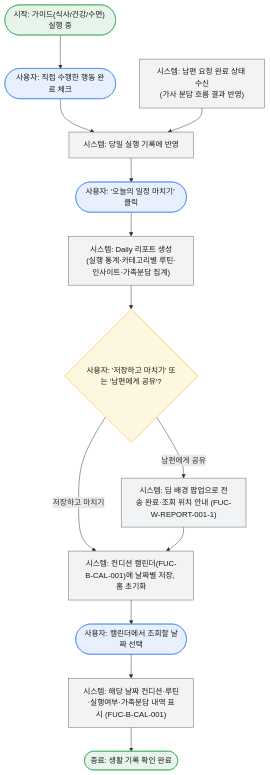
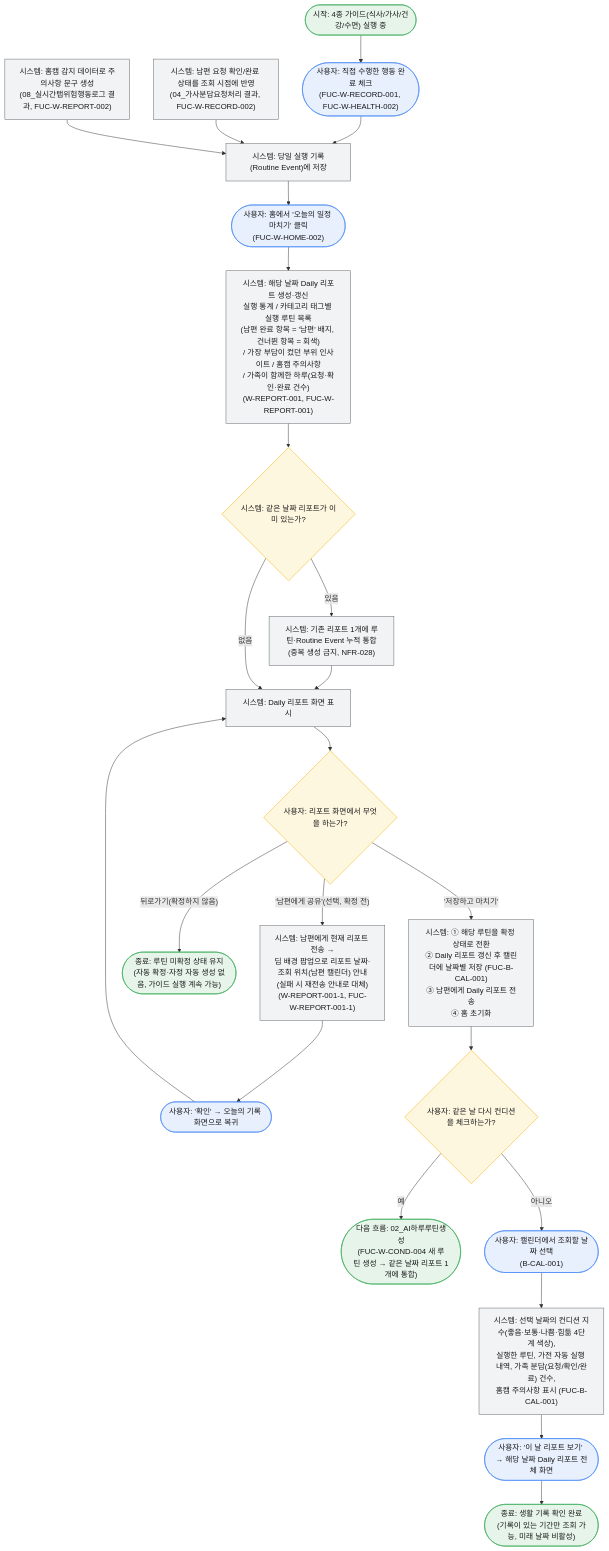
The diagram in docs/서비스흐름도/05_루틴실행기록및리포트.mmd (lgdxDORAEMI/PLM), drawn with Mermaid before and after one commit. The commit also changed 10 other files, not shown here.

First line of the commit message:
서비스 흐름도 업데이트: 남편 오전 리포트 및 알림, 수면 가이드, 실시간 탭, 건강 가이드 추가

```diff
--- a/docs/서비스흐름도/05_루틴실행기록및리포트.mmd
+++ b/docs/서비스흐름도/05_루틴실행기록및리포트.mmd
@@ -1,22 +1,47 @@
-%% 서비스 흐름도: 루틴 실행 기록 & Daily 리포트/캘린더
-%% 관련 기능: FUC-W-HEALTH-002, FUC-W-RECORD-001, FUC-W-RECORD-002, FUC-W-REPORT-001, FUC-W-REPORT-001-1, FUC-B-CAL-001 / 관련 UC: UC6, UC7
+%% 서비스 흐름도: 루틴 실행 기록 → Daily 리포트 생성/확정 → 캘린더 조회
+%% 관련 기능: FUC-W-RECORD-001(직접 행동 완료 체크), FUC-W-RECORD-002(남편 요청 상태 반영),
+%%           FUC-W-HEALTH-002, FUC-W-HOME-002('오늘의 일정 마치기'), FUC-W-REPORT-001(리포트 생성·루틴 확정),
+%%           FUC-W-REPORT-001-1(공유 완료 팝업), FUC-W-REPORT-002(홈캠 주의사항), FUC-B-CAL-001 / 관련 UC: UC6, UC7, UC10
+%% 핵심 규칙:
+%%   - 두 버튼의 역할이 다르다.
+%%     '오늘의 일정 마치기'(홈, FUC-W-HOME-002) = Daily 리포트 **생성만** 트리거. 루틴을 확정하지 않는다.
+%%     '저장하고 마치기'(리포트, FUC-W-REPORT-001) = 루틴 확정 + 리포트 갱신·캘린더 저장 + 남편에게 리포트 전송 + 홈 초기화.
+%%     '남편에게 공유' = 확정 전에 현재 리포트를 먼저 보내는 **선택적** 동작.
+%%   - **날짜 기준 Daily 리포트는 1개다.** 같은 날 여러 루틴이 생성·확정되어도 하나로 통합한다(NFR-028).
+%%   - 루틴 종료 트리거는 '저장하고 마치기' 뿐이다. 루틴 종료 전 자동 확정과 자정 기준 자동 생성은 만들지 않는다.
+%%   - 홈캠 정보는 수치가 아닌 **주의사항 문구** 수준으로만 표시한다(FUC-W-REPORT-002, 수치 요약은 Phase 2).
 flowchart TD
     classDef user fill:#E8F0FE,stroke:#4285F4,color:#1a1a1a;
     classDef system fill:#F1F3F4,stroke:#5f6368,color:#1a1a1a;
     classDef decision fill:#FEF7E0,stroke:#F9AB00,color:#1a1a1a;
     classDef terminal fill:#E6F4EA,stroke:#34A853,color:#1a1a1a;
 
-    Start(["시작: 가이드(식사/건강/수면) 실행 중"]):::terminal --> A(["사용자: 직접 수행한 행동 완료 체크"]):::user
-    A --> B["시스템: 당일 실행 기록에 반영"]:::system
+    Start(["시작: 4종 가이드(식사/가사/건강/수면) 실행 중"]):::terminal --> A(["사용자: 직접 수행한 행동 완료 체크<br/>(FUC-W-RECORD-001, FUC-W-HEALTH-002)"]):::user
+    A --> B["시스템: 당일 실행 기록(Routine Event)에 저장"]:::system
 
-    C["시스템: 남편 요청 완료 상태 수신<br/>(가사 분담 흐름 결과 반영)"]:::system --> B
+    C["시스템: 남편 요청 확인/완료 상태를 조회 시점에 반영<br/>(04_가사분담요청처리 결과, FUC-W-RECORD-002)"]:::system --> B
+    M["시스템: 홈캠 감지 데이터로 주의사항 문구 생성<br/>(08_실시간탭위험행동로그 결과, FUC-W-REPORT-002)"]:::system --> B
 
-    B --> D(["사용자: '오늘의 일정 마치기' 클릭"]):::user
-    D --> E["시스템: Daily 리포트 생성<br/>(실행 통계·카테고리별 루틴·인사이트·가족분담 집계)"]:::system
-    E --> Share{"사용자: '저장하고 마치기' 또는 '남편에게 공유'?"}:::decision
-    Share -- 저장하고 마치기 --> F["시스템: 컨디션 캘린더(FUC-B-CAL-001)에 날짜별 저장, 홈 초기화"]:::system
-    Share -- 남편에게 공유 --> Pop["시스템: 딤 배경 팝업으로 전송 완료·조회 위치 안내 (FUC-W-REPORT-001-1)"]:::system
-    Pop --> F
-    F --> G(["사용자: 캘린더에서 조회할 날짜 선택"]):::user
-    G --> H["시스템: 해당 날짜 컨디션·루틴·실행여부·가족분담 내역 표시 (FUC-B-CAL-001)"]:::system
-    H --> End(["종료: 생활 기록 확인 완료"]):::terminal
+    B --> D(["사용자: 홈에서 '오늘의 일정 마치기' 클릭<br/>(FUC-W-HOME-002)"]):::user
+    D --> E["시스템: 해당 날짜 Daily 리포트 생성·갱신<br/>실행 통계 / 카테고리 태그별 실행 루틴 목록<br/>(남편 완료 항목 = '남편' 배지, 건너뛴 항목 = 회색)<br/>/ 가장 부담이 컸던 부위 인사이트 / 홈캠 주의사항<br/>/ 가족이 함께한 하루(요청·확인·완료 건수)<br/>(W-REPORT-001, FUC-W-REPORT-001)"]:::system
+    E --> Merge{"시스템: 같은 날짜 리포트가 이미 있는가?"}:::decision
+    Merge -- "있음" --> MergeY["시스템: 기존 리포트 1개에 루틴·Routine Event 누적 통합<br/>(중복 생성 금지, NFR-028)"]:::system
+    MergeY --> Show
+    Merge -- "없음" --> Show["시스템: Daily 리포트 화면 표시"]:::system
+
+    Show --> Act{"사용자: 리포트 화면에서 무엇을 하는가?"}:::decision
+
+    Act -- "'남편에게 공유'(선택, 확정 전)" --> Pop["시스템: 남편에게 현재 리포트 전송 →<br/>딤 배경 팝업으로 리포트 날짜·조회 위치(남편 캘린더) 안내<br/>(실패 시 재전송 안내로 대체)<br/>(W-REPORT-001-1, FUC-W-REPORT-001-1)"]:::system
+    Pop --> PopB(["사용자: '확인' → 오늘의 기록 화면으로 복귀"]):::user
+    PopB --> Show
+
+    Act -- "뒤로가기(확정하지 않음)" --> Back(["종료: 루틴 미확정 상태 유지<br/>(자동 확정·자정 자동 생성 없음, 가이드 실행 계속 가능)"]):::terminal
+
+    Act -- "'저장하고 마치기'" --> F["시스템: ① 해당 루틴을 확정 상태로 전환<br/>② Daily 리포트 갱신 후 캘린더에 날짜별 저장 (FUC-B-CAL-001)<br/>③ 남편에게 Daily 리포트 전송<br/>④ 홈 초기화"]:::system
+    F --> Again{"사용자: 같은 날 다시 컨디션을 체크하는가?"}:::decision
+    Again -- "예" --> NewR(["다음 흐름: 02_AI하루루틴생성<br/>(FUC-W-COND-004 새 루틴 생성 → 같은 날짜 리포트 1개에 통합)"]):::terminal
+    Again -- "아니오" --> G(["사용자: 캘린더에서 조회할 날짜 선택<br/>(B-CAL-001)"]):::user
+
+    G --> H["시스템: 선택 날짜의 컨디션 지수(좋음·보통·나쁨·힘듦 4단계 색상),<br/>실행한 루틴, 가전 자동 실행 내역, 가족 분담(요청/확인/완료) 건수,<br/>홈캠 주의사항 표시 (FUC-B-CAL-001)"]:::system
+    H --> HR(["사용자: '이 날 리포트 보기' → 해당 날짜 Daily 리포트 전체 화면"]):::user
+    HR --> End(["종료: 생활 기록 확인 완료<br/>(기록이 있는 기간만 조회 가능, 미래 날짜 비활성)"]):::terminal
```
